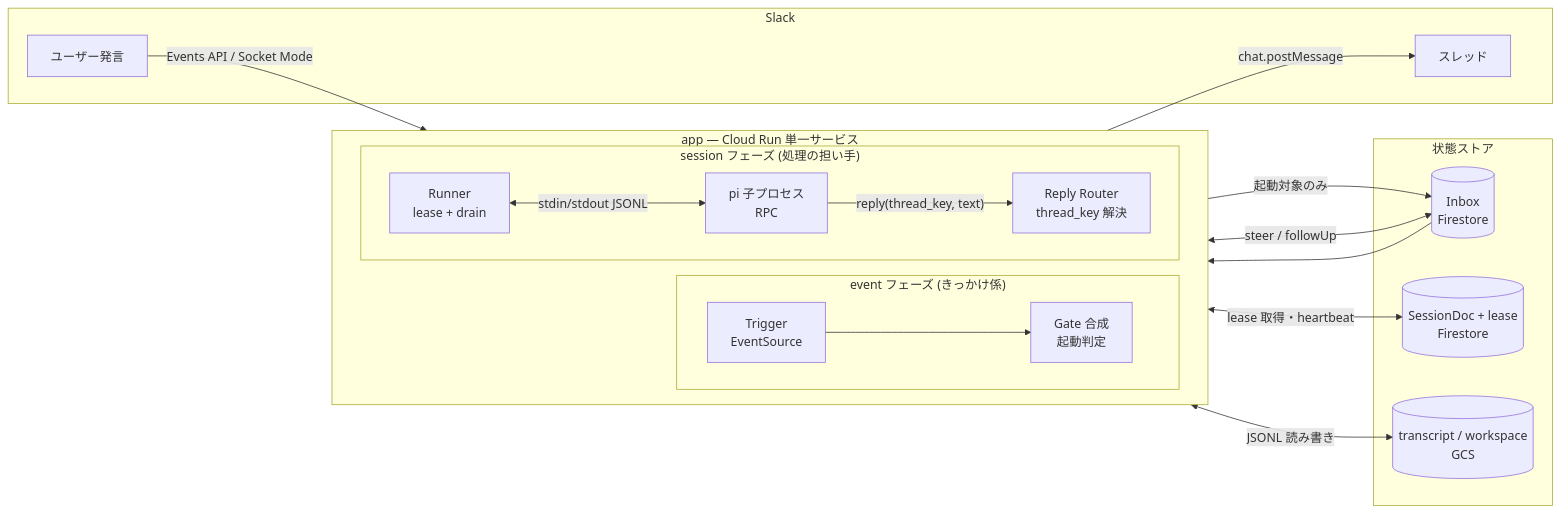
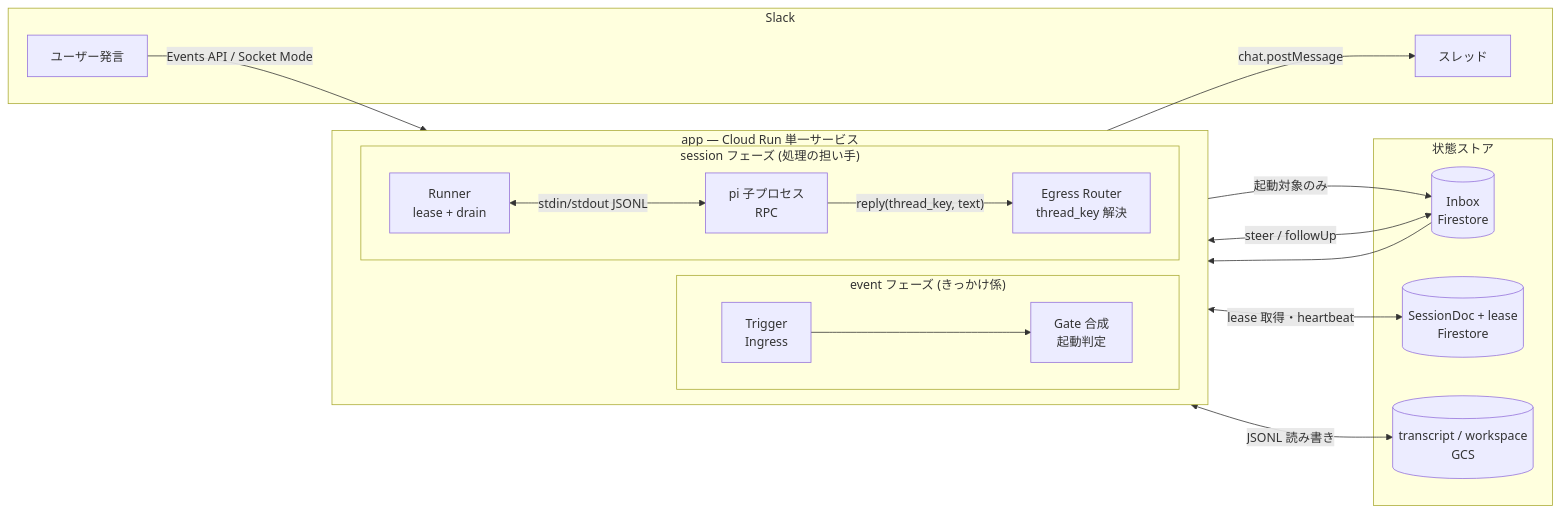
One commit to pokutuna/pi-chat-runner changed the diagram in docs/design/README.md. Above: the diagram before and after it, drawn with Mermaid. The commit also changed other lines of this file and 6 other files, not shown here.

````diff
--- a/docs/design/README.md
+++ b/docs/design/README.md
@@ -48,37 +48,37 @@
 ```mermaid
 flowchart LR
     subgraph slack [Slack]
         U[ユーザー発言]
         TH[スレッド]
     end
 
     subgraph app ["app — Cloud Run 単一サービス"]
         direction LR
         subgraph eventphase ["event フェーズ (きっかけ係)"]
-            T[Trigger<br/>EventSource]
+            T[Trigger<br/>Ingress]
             G[Gate 合成<br/>起動判定]
         end
         subgraph sessionphase ["session フェーズ (処理の担い手)"]
             R[Runner<br/>lease + drain]
             P[pi 子プロセス<br/>RPC]
-            RR[Reply Router<br/>thread_key 解決]
+            RR[Egress Router<br/>thread_key 解決]
         end
     end
 
     subgraph store [状態ストア]
         IB[(Inbox<br/>Firestore)]
         SD[(SessionDoc + lease<br/>Firestore)]
         TR[(transcript / workspace<br/>GCS)]
     end
 
     U -->|Events API / Socket Mode| T
     T --> G
     G -->|起動対象のみ| IB
     IB --> R
     R <-->|steer / followUp| IB
     R <-->|lease 取得・heartbeat| SD
     R <-->|JSONL 読み書き| TR
     R <-->|stdin/stdout JSONL| P
     P -->|"reply(thread_key, text)"| RR
     RR -->|chat.postMessage| TH
 ```
````
